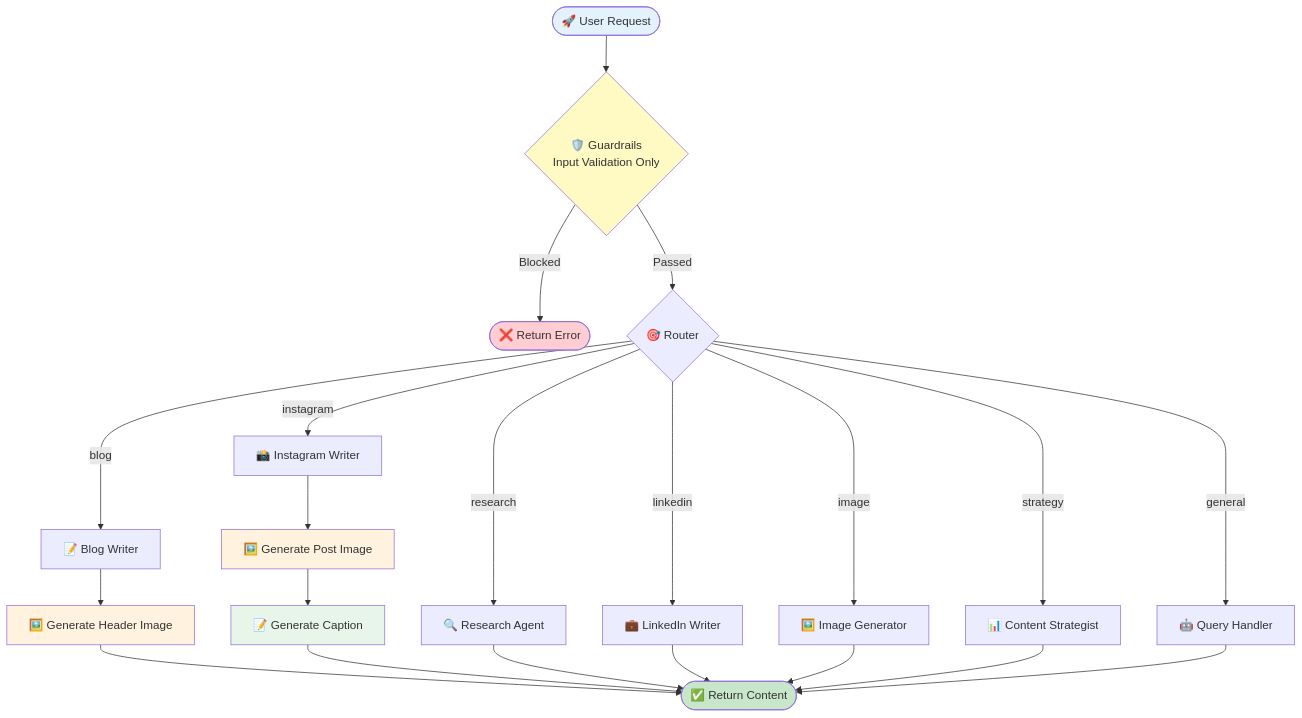
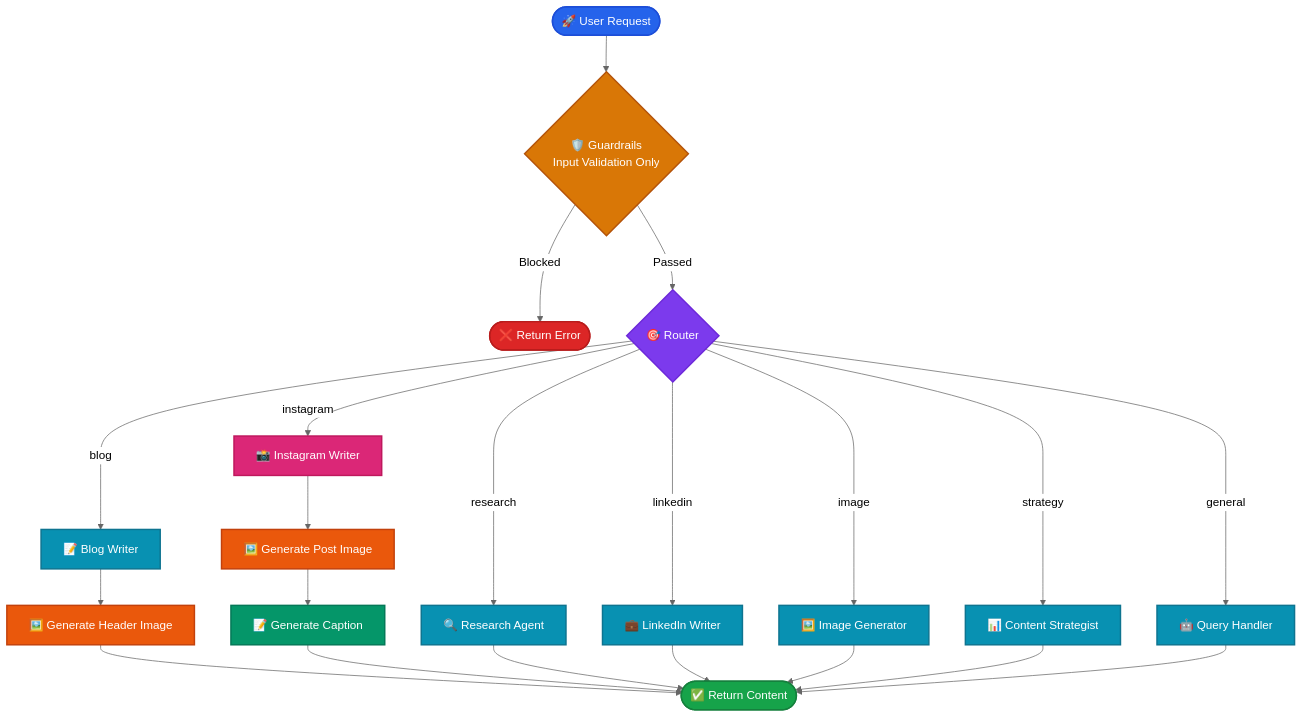
The first of 3 diagrams in docs/langgraph_flowchart.md (jayanthanantharaman/reach), drawn with Mermaid before and after one commit. The commit also changed other lines of this file and 2 other files, not shown here.

Commit message:
REACH - Update mermaid diagrams

````diff
--- a/docs/langgraph_flowchart.md
+++ b/docs/langgraph_flowchart.md
@@ -80,35 +80,44 @@
 ```mermaid
+%%{init: {'theme': 'neutral'}}%%
 flowchart TD
     START([🚀 User Request]) --> GUARDRAILS{🛡️ Guardrails<br/>Input Validation Only}
     GUARDRAILS -->|Blocked| END_BLOCKED([❌ Return Error])
     GUARDRAILS -->|Passed| ROUTER{🎯 Router}
     
     ROUTER -->|research| RESEARCH[🔍 Research Agent]
     ROUTER -->|blog| BLOG[📝 Blog Writer]
     ROUTER -->|linkedin| LINKEDIN[💼 LinkedIn Writer]
     ROUTER -->|instagram| INSTAGRAM[📸 Instagram Writer]
     ROUTER -->|image| IMAGE[🖼️ Image Generator]
     ROUTER -->|strategy| STRATEGY[📊 Content Strategist]
     ROUTER -->|general| GENERAL[🤖 Query Handler]
     
     BLOG --> BLOG_IMG[🖼️ Generate Header Image]
     BLOG_IMG --> SUCCESS
     
     INSTAGRAM --> IG_IMG[🖼️ Generate Post Image]
     IG_IMG --> IG_CAPTION[📝 Generate Caption]
     IG_CAPTION --> SUCCESS
     
     RESEARCH --> SUCCESS([✅ Return Content])
     LINKEDIN --> SUCCESS
     IMAGE --> SUCCESS
     STRATEGY --> SUCCESS
     GENERAL --> SUCCESS
 
-    style START fill:#e3f2fd
-    style END_BLOCKED fill:#ffcdd2
-    style SUCCESS fill:#c8e6c9
-    style GUARDRAILS fill:#fff9c4
-    style BLOG_IMG fill:#fff3e0
-    style IG_IMG fill:#fff3e0
-    style IG_CAPTION fill:#e8f5e9
+    style START fill:#2563eb,stroke:#1d4ed8,stroke-width:2px,color:#fff
+    style END_BLOCKED fill:#dc2626,stroke:#b91c1c,stroke-width:2px,color:#fff
+    style SUCCESS fill:#16a34a,stroke:#15803d,stroke-width:2px,color:#fff
+    style GUARDRAILS fill:#d97706,stroke:#b45309,stroke-width:2px,color:#fff
+    style ROUTER fill:#7c3aed,stroke:#6d28d9,stroke-width:2px,color:#fff
+    style RESEARCH fill:#0891b2,stroke:#0e7490,stroke-width:2px,color:#fff
+    style BLOG fill:#0891b2,stroke:#0e7490,stroke-width:2px,color:#fff
+    style LINKEDIN fill:#0891b2,stroke:#0e7490,stroke-width:2px,color:#fff
+    style INSTAGRAM fill:#db2777,stroke:#be185d,stroke-width:2px,color:#fff
+    style IMAGE fill:#0891b2,stroke:#0e7490,stroke-width:2px,color:#fff
+    style STRATEGY fill:#0891b2,stroke:#0e7490,stroke-width:2px,color:#fff
+    style GENERAL fill:#0891b2,stroke:#0e7490,stroke-width:2px,color:#fff
+    style BLOG_IMG fill:#ea580c,stroke:#c2410c,stroke-width:2px,color:#fff
+    style IG_IMG fill:#ea580c,stroke:#c2410c,stroke-width:2px,color:#fff
+    style IG_CAPTION fill:#059669,stroke:#047857,stroke-width:2px,color:#fff
 ```
````
